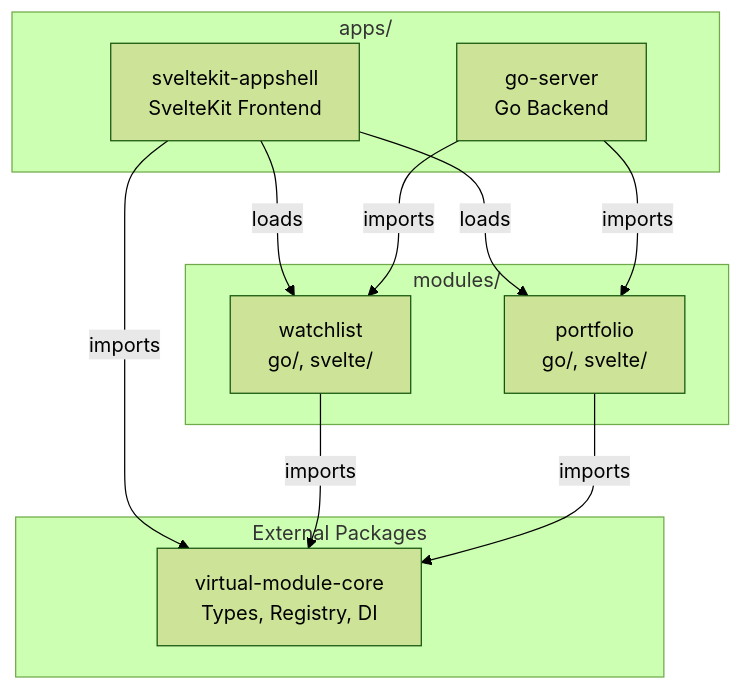
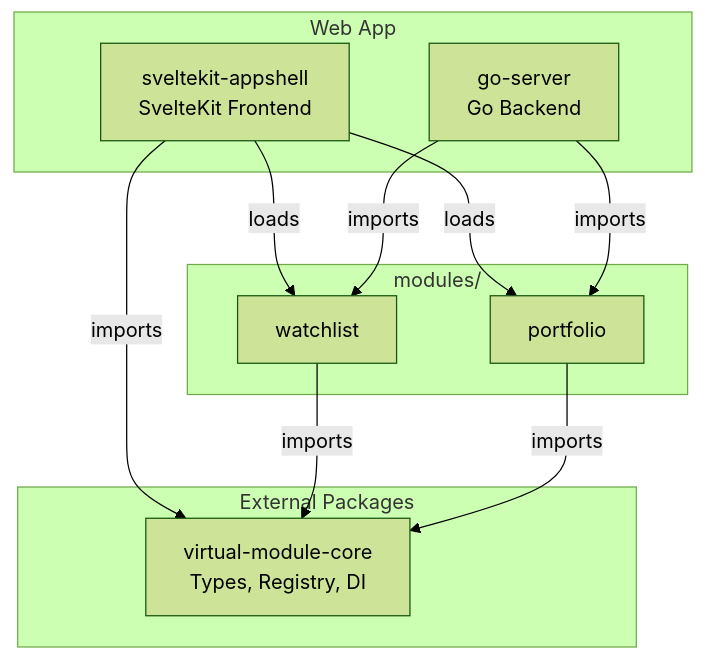
Before and after one commit to reidlai/virtual-module-core: the first of 2 diagrams in docs/APPSHELL-ARCHITECTURE.md, drawn with Mermaid (forest theme). The commit also changed other lines of this file and 2 other files, not shown here.

````diff
--- a/docs/APPSHELL-ARCHITECTURE.md
+++ b/docs/APPSHELL-ARCHITECTURE.md
@@ -13,24 +12,24 @@
 ```mermaid
 flowchart TD
-    subgraph Apps["apps/"]
+    subgraph Apps["Web App"]
         SV[sveltekit-appshell<br/>SvelteKit Frontend]
         TA[go-server<br/>Go Backend]
     end
 
     subgraph Modules["modules/"]
-        WL[watchlist<br/>go/, svelte/]
-        PF[portfolio<br/>go/, svelte/]
+        WL[watchlist]
+        PF[portfolio]
     end
 
     subgraph External["External Packages"]
         Core[virtual-module-core<br/>Types, Registry, DI]
     end
 
     SV -->|imports| Core
     SV -->|loads| WL
     SV -->|loads| PF
     WL -->|imports| Core
     PF -->|imports| Core
     TA -->|imports| WL
     TA -->|imports| PF
 ```
````
